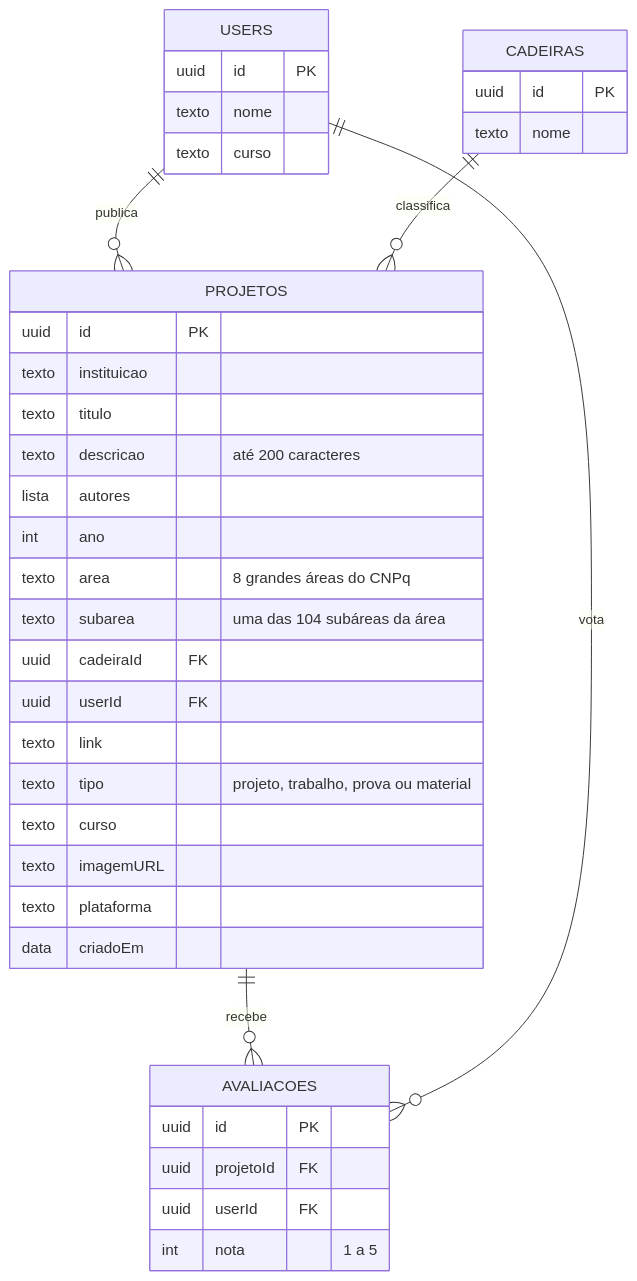
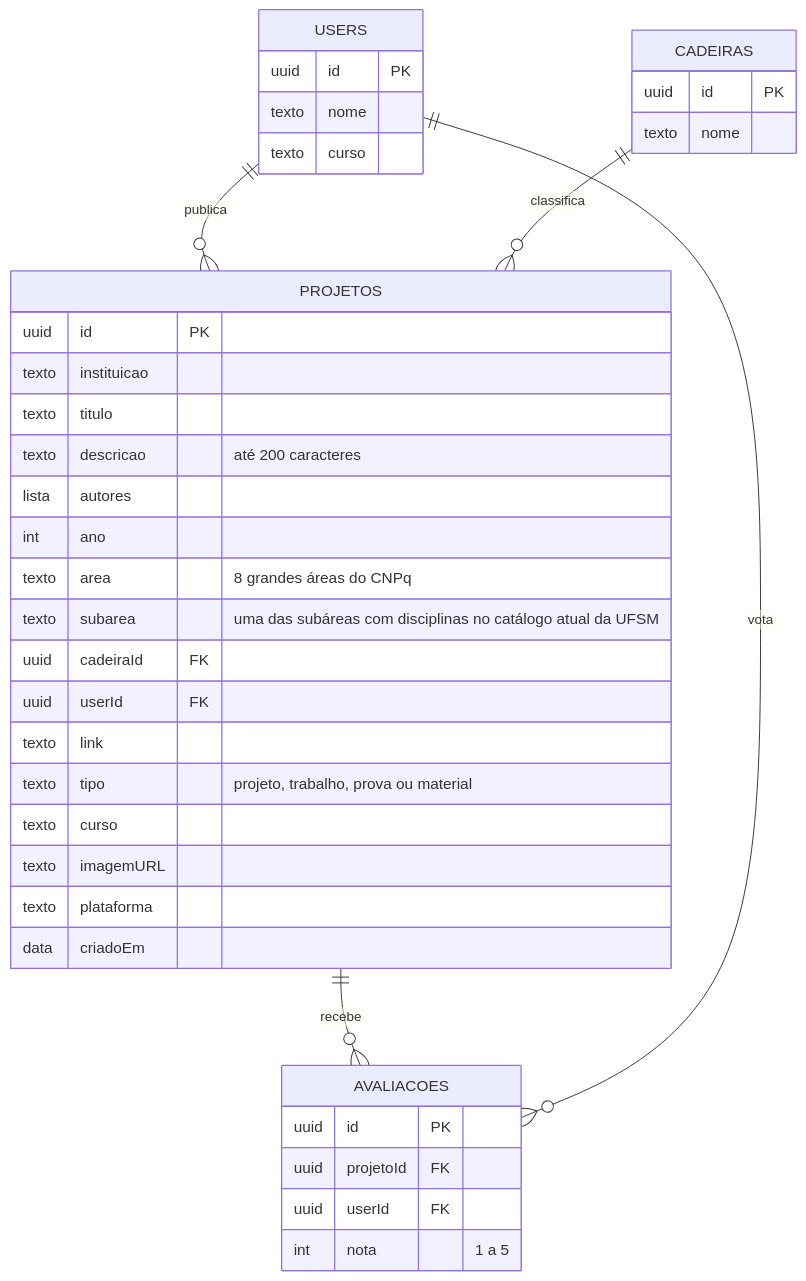
One commit to bpoltosi/HubAcademico changed the diagram in backend/node-red/README.md. Above: the diagram before and after it, drawn with Mermaid. The commit also changed other lines of this file, not shown here.

Commit message:
docs(node-red): documenta subareas ativas do catalogo UFSM

````diff
--- a/backend/node-red/README.md
+++ b/backend/node-red/README.md
@@ -85,41 +85,41 @@
 ```mermaid
 erDiagram
     USERS ||--o{ PROJETOS : publica
     CADEIRAS ||--o{ PROJETOS : classifica
     PROJETOS ||--o{ AVALIACOES : recebe
     USERS ||--o{ AVALIACOES : vota
 
     PROJETOS {
         uuid id PK
         texto instituicao
         texto titulo
         texto descricao "até 200 caracteres"
         lista autores
         int ano
         texto area "8 grandes áreas do CNPq"
-        texto subarea "uma das 104 subáreas da área"
+        texto subarea "uma das subáreas com disciplinas no catálogo atual da UFSM"
         uuid cadeiraId FK
         uuid userId FK
         texto link
         texto tipo "projeto, trabalho, prova ou material"
         texto curso
         texto imagemURL
         texto plataforma
         data criadoEm
     }
     CADEIRAS {
         uuid id PK
         texto nome
     }
     USERS {
         uuid id PK
         texto nome
         texto curso
     }
     AVALIACOES {
         uuid id PK
         uuid projetoId FK
         uuid userId FK
         int nota "1 a 5"
     }
 ```
````
